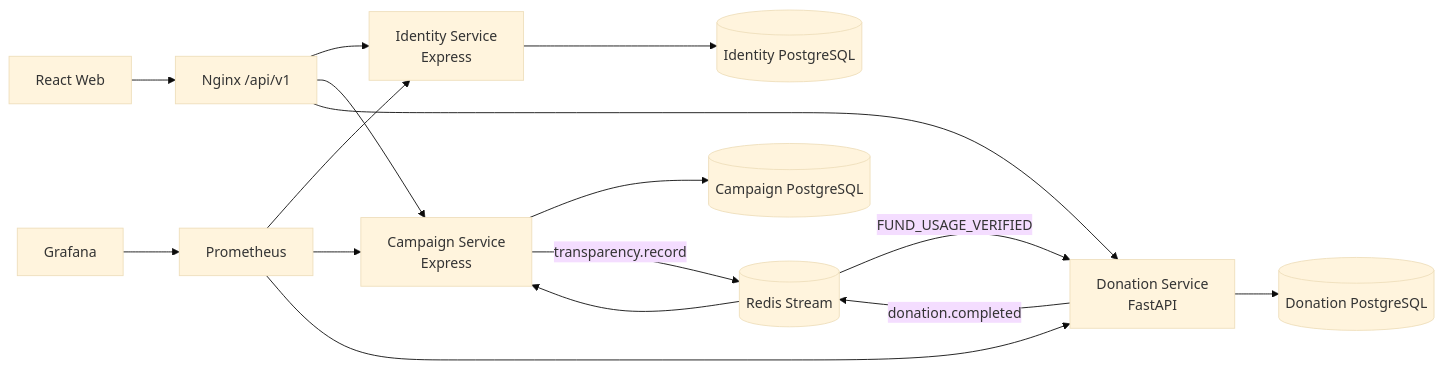
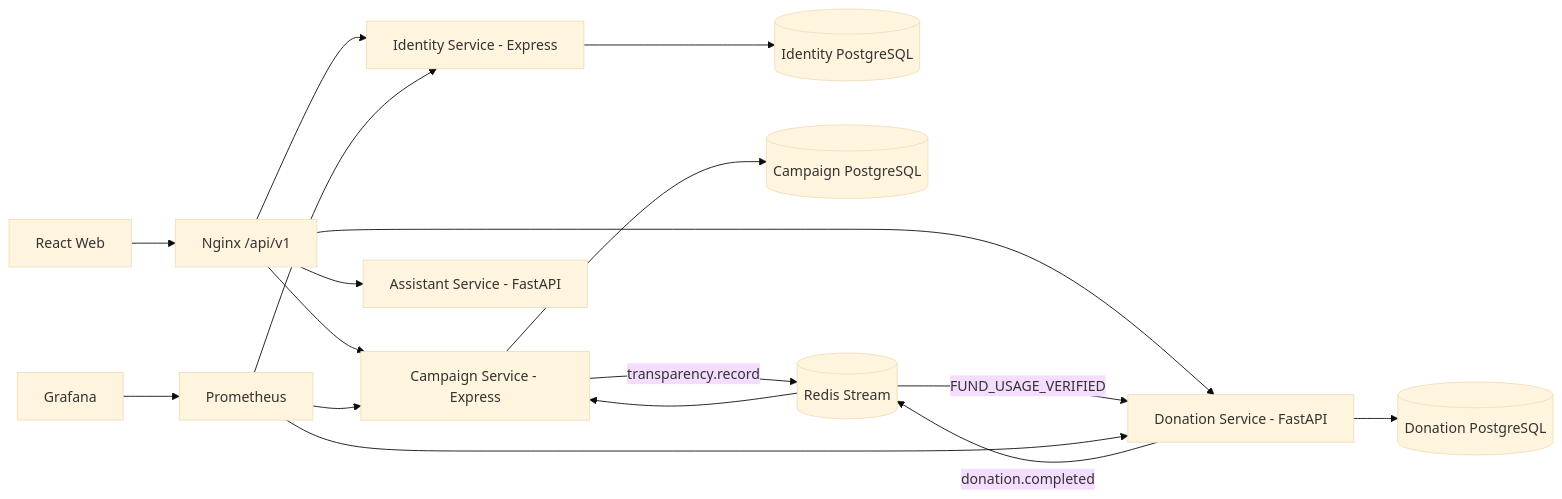
One commit to CongMinh2211/CharityConnect changed the diagram in README.md. Above: the diagram before and after it, drawn with Mermaid (base theme). The commit also changed other lines of this file and 4 other files, not shown here.

````diff
--- a/README.md
+++ b/README.md
@@ -108,18 +72,19 @@
 ```mermaid
 flowchart LR
   Web[React Web] --> Gateway[Nginx /api/v1]
-  Gateway --> Identity[Identity Service<br/>Express]
-  Gateway --> Campaign[Campaign Service<br/>Express]
-  Gateway --> Donation[Donation Service<br/>FastAPI]
+  Gateway --> Identity[Identity Service - Express]
+  Gateway --> Campaign[Campaign Service - Express]
+  Gateway --> Donation[Donation Service - FastAPI]
+  Gateway --> Assistant[Assistant Service - FastAPI]
   Identity --> IdentityDB[(Identity PostgreSQL)]
   Campaign --> CampaignDB[(Campaign PostgreSQL)]
   Donation --> DonationDB[(Donation PostgreSQL)]
   Donation -->|donation.completed| Redis[(Redis Stream)]
   Redis --> Campaign
   Campaign -->|transparency.record| Redis
   Redis -->|FUND_USAGE_VERIFIED| Donation
   Prometheus --> Identity
   Prometheus --> Campaign
   Prometheus --> Donation
   Grafana --> Prometheus
 ```
````
